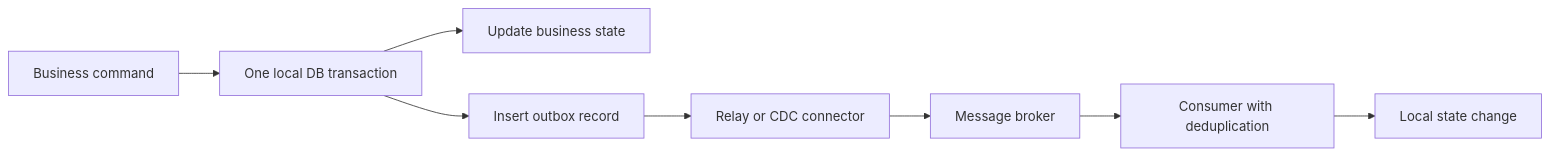
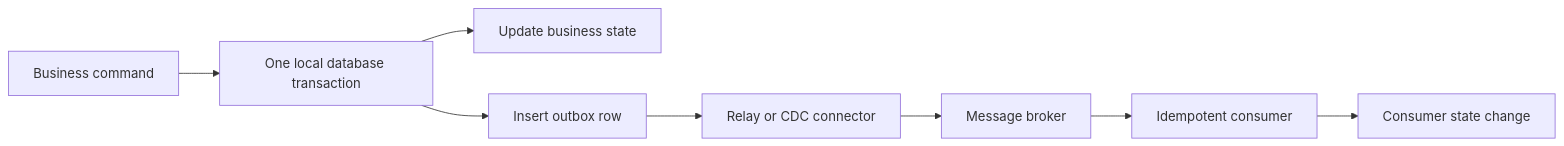
The second of 2 diagrams in system-design-mastery/chapters/12-messaging-streams/README.md (kowlutla/Interview_HandBook), drawn with Mermaid before and after one commit. The commit also changed other lines of this file, not shown here.

````diff
--- a/system-design-mastery/chapters/12-messaging-streams/README.md
+++ b/system-design-mastery/chapters/12-messaging-streams/README.md
@@ -366,10 +76,10 @@
-```mermaid
+~~~mermaid
 flowchart LR
-  A[Business command] --> B[One local DB transaction]
+  A[Business command] --> B[One local database transaction]
   B --> C[Update business state]
-  B --> D[Insert outbox record]
+  B --> D[Insert outbox row]
   D --> E[Relay or CDC connector]
   E --> F[Message broker]
-  F --> G[Consumer with deduplication]
-  G --> H[Local state change]
-```
+  F --> G[Idempotent consumer]
+  G --> H[Consumer state change]
+~~~
````
